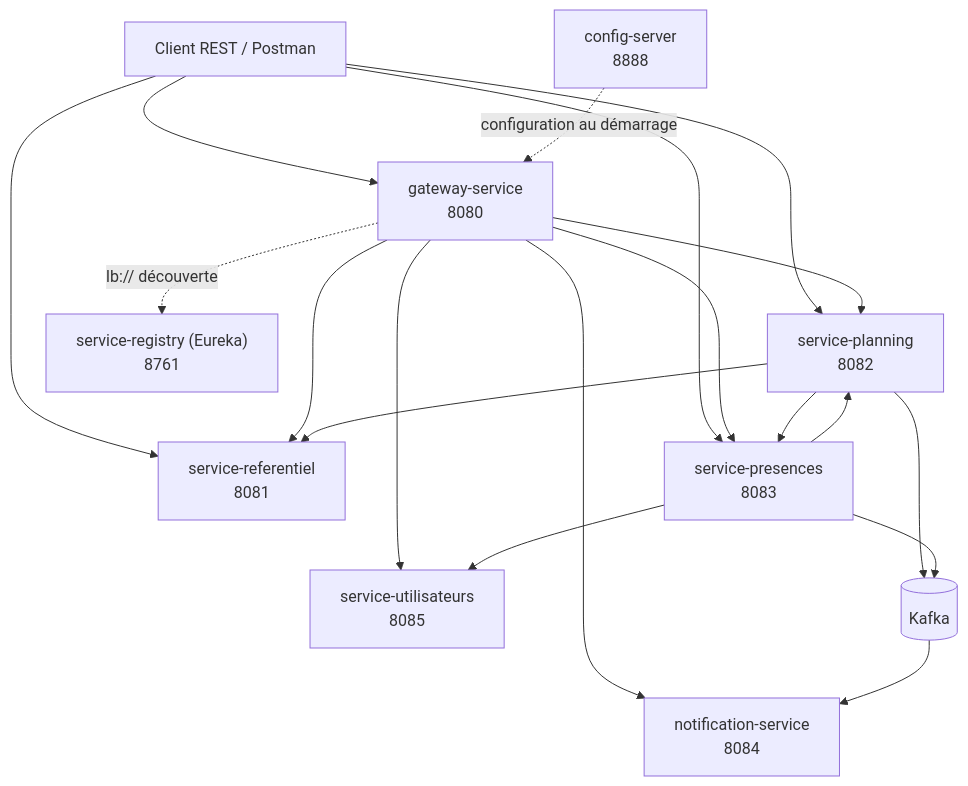
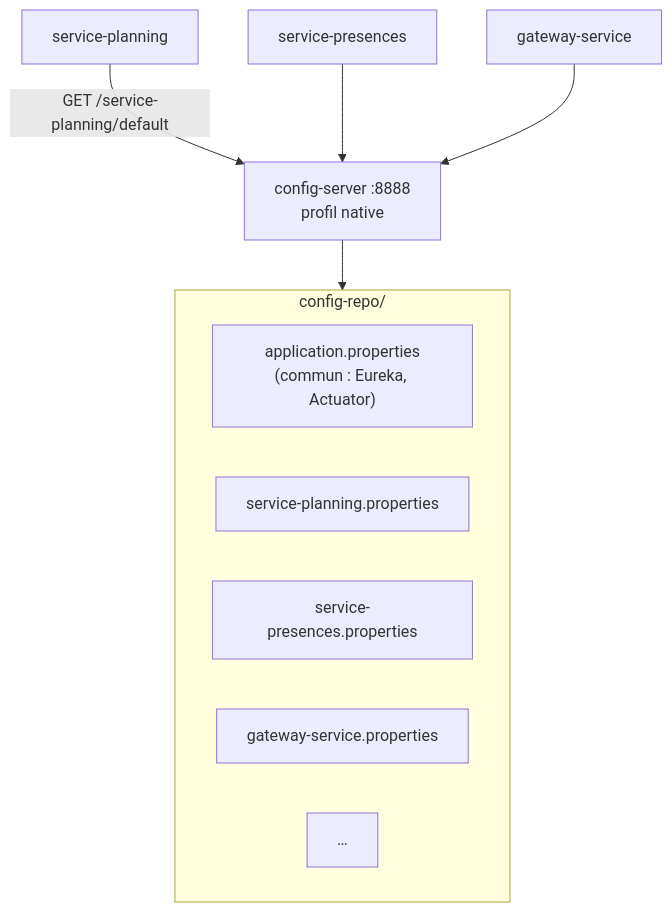
Diagram 14 of 16 in README.md (oussamaboukenze/Planif-Scolaire), drawn with Mermaid before and after one commit. The commit also changed other lines of this file and 16 other files, not shown here.

````diff
--- a/README.md
+++ b/README.md
@@ -103,31 +394,14 @@
 ```mermaid
 flowchart TB
-    Client["Client REST / Postman"]
-    Referentiel["service-referentiel<br/>8081"]
-    Planning["service-planning<br/>8082"]
-    Presences["service-presences<br/>8083"]
-    Notifications["notification-service<br/>8084"]
-    Utilisateurs["service-utilisateurs<br/>8085"]
-    Eureka["service-registry (Eureka)<br/>8761"]
-    Config["config-server<br/>8888"]
-    Gateway["gateway-service<br/>8080"]
-    Kafka[("Kafka")]
-    Client --> Referentiel
-    Client --> Planning
-    Client --> Presences
-    Client --> Gateway
-    Gateway --> Referentiel
-    Gateway --> Planning
-    Gateway --> Presences
-    Gateway --> Notifications
-    Gateway --> Utilisateurs
-    Gateway -.->|lb:// découverte| Eureka
-    Presences --> Utilisateurs
-    Planning --> Presences
-    Config -.->|configuration au démarrage| Gateway
-    Planning --> Referentiel
-    Presences --> Planning
-    Planning --> Kafka
-    Presences --> Kafka
-    Kafka --> Notifications
+    subgraph repo["config-repo/"]
+        G["application.properties<br/>(commun : Eureka, Actuator)"]
+        P1["service-planning.properties"]
+        P2["service-presences.properties"]
+        P3["gateway-service.properties"]
+        P4["…"]
+    end
+    CS["config-server :8888<br/>profil native"] --> repo
+    S1["service-planning"] -->|"GET /service-planning/default"| CS
+    S2["service-presences"] --> CS
+    S3["gateway-service"] --> CS
 ```
````
